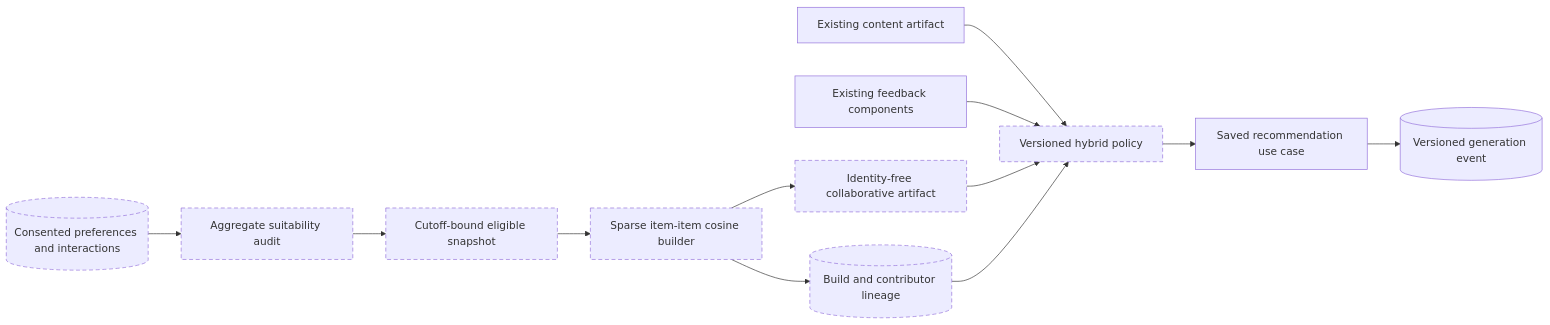
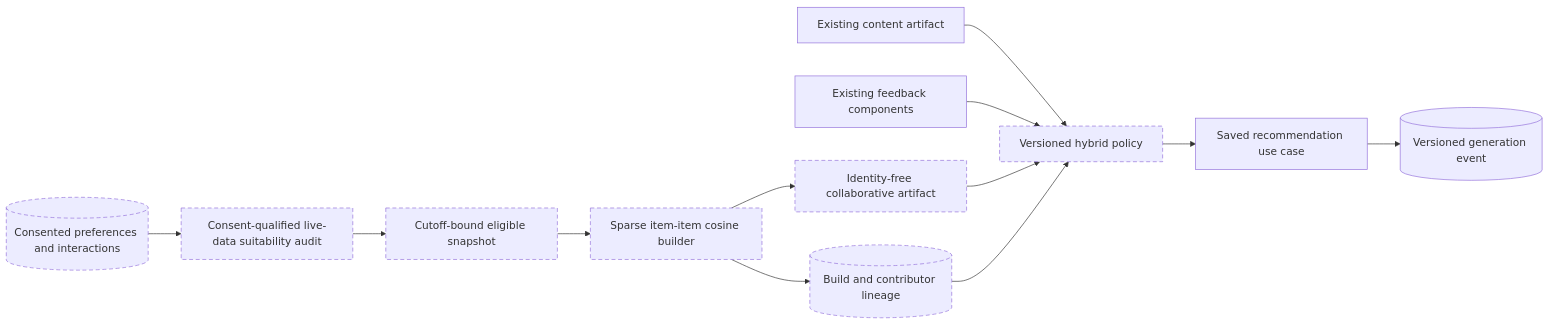
One commit to Khang206206/gamelens-ai changed the fourth of 4 diagrams in docs/architecture.md. Above: the diagram before and after it, drawn with Mermaid. The commit also changed other lines of this file and 11 other files, not shown here.

````diff
--- a/docs/architecture.md
+++ b/docs/architecture.md
@@ -136,28 +141,28 @@
 ```mermaid
 flowchart LR
     State[("Consented preferences and interactions")]:::future
-    Audit["Aggregate suitability audit"]:::future
+    Audit["Consent-qualified live-data suitability audit"]:::future
     Snapshot["Cutoff-bound eligible snapshot"]:::future
     Builder["Sparse item-item cosine builder"]:::future
     CF["Identity-free collaborative artifact"]:::future
     Lineage[("Build and contributor lineage")]:::future
     Content["Existing content artifact"]
     Feedback["Existing feedback components"]
     Hybrid["Versioned hybrid policy"]:::future
     API["Saved recommendation use case"]
     Event[("Versioned generation event")]
 
     State --> Audit
     Audit --> Snapshot
     Snapshot --> Builder
     Builder --> CF
     Builder --> Lineage
     Content --> Hybrid
     Feedback --> Hybrid
     CF --> Hybrid
     Lineage --> Hybrid
     Hybrid --> API
     API --> Event
 
     classDef future stroke-dasharray: 6 4
 ```
````
